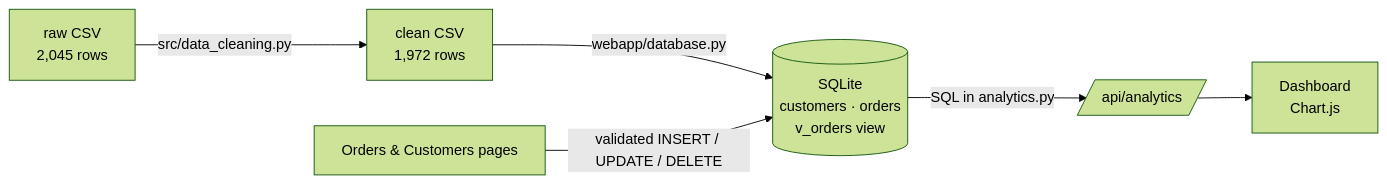
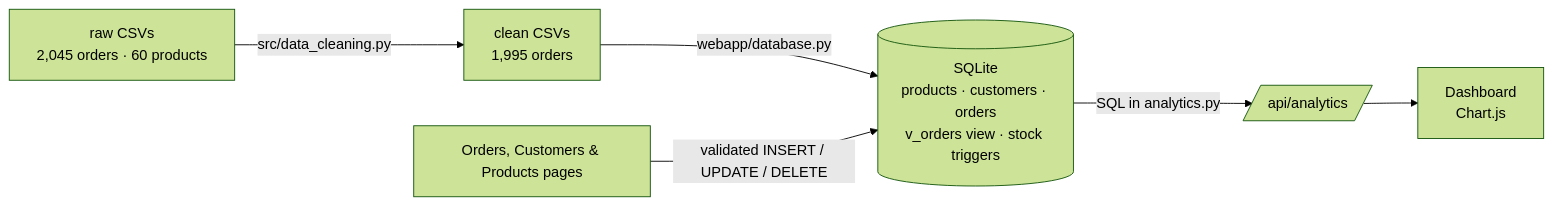
One commit to hinrithisak-eng/ecommerce-customer-analytics changed the diagram in README.md. Above: the diagram before and after it, drawn with Mermaid (forest theme). The commit also changed other lines of this file and 38 other files, not shown here.

Commit message:
Add product catalogue: fixed prices, stock tracking, Products page

````diff
--- a/README.md
+++ b/README.md
@@ -118,8 +121,8 @@
 ```mermaid
 flowchart LR
-    A[raw CSV<br/>2,045 rows] -->|src/data_cleaning.py| B[clean CSV<br/>1,972 rows]
-    B -->|webapp/database.py| C[(SQLite<br/>customers · orders<br/>v_orders view)]
+    A[raw CSVs<br/>2,045 orders · 60 products] -->|src/data_cleaning.py| B[clean CSVs<br/>1,995 orders]
+    B -->|webapp/database.py| C[(SQLite<br/>products · customers · orders<br/>v_orders view · stock triggers)]
     C -->|SQL in analytics.py| D[/api/analytics/]
     D --> E[Dashboard<br/>Chart.js]
-    F[Orders & Customers pages] -->|validated INSERT / UPDATE / DELETE| C
+    F[Orders, Customers & Products pages] -->|validated INSERT / UPDATE / DELETE| C
 ```
````
